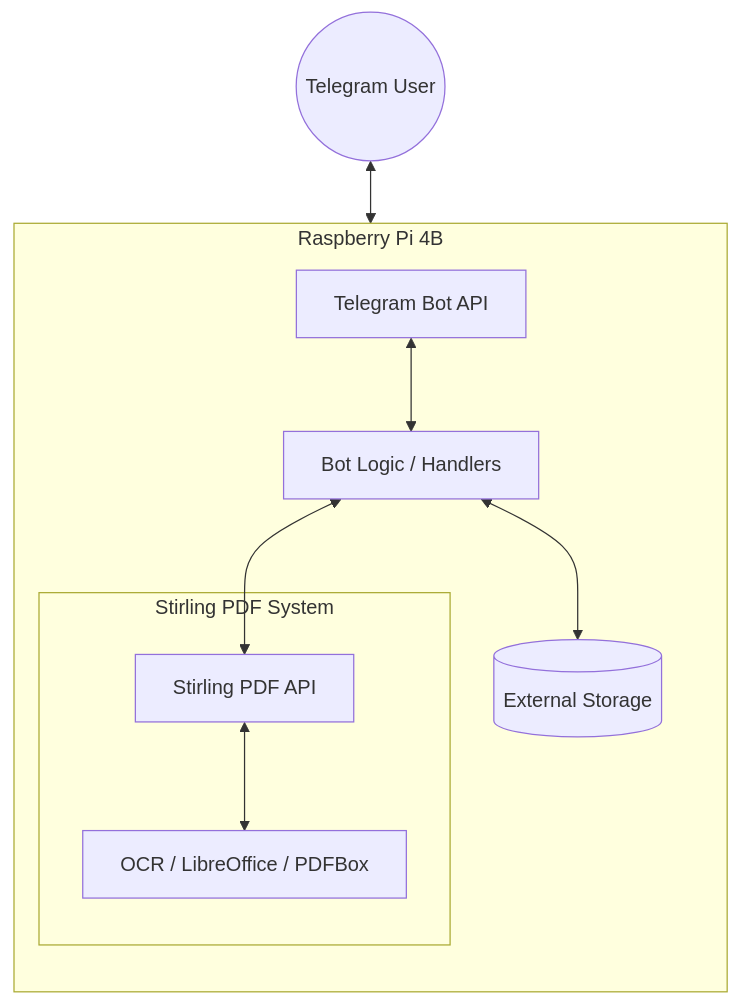
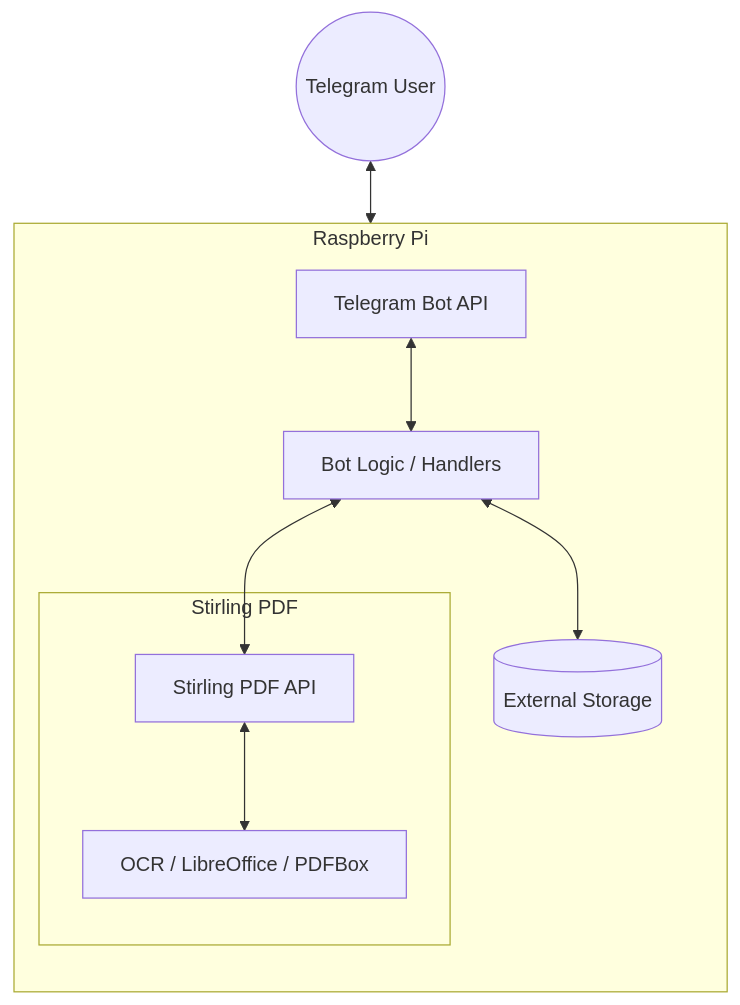
Before and after one commit to AudelDiaz/StirlingPDFAssistant: the diagram in docs/architecture.md, drawn with Mermaid. The commit also changed other lines of this file and 4 other files, not shown here.

````diff
--- a/docs/architecture.md
+++ b/docs/architecture.md
@@ -7,23 +7,23 @@
 ```mermaid
 graph TD
     User((Telegram User))
     
-    subgraph "Raspberry Pi 4B"
+    subgraph "Raspberry Pi"
         direction TB
         TG_API[Telegram Bot API]
         Bot_Logic[Bot Logic / Handlers]
         
-        subgraph "Stirling PDF System"
+        subgraph "Stirling PDF"
             SPDF_API[Stirling PDF API]
             Engines[OCR / LibreOffice / PDFBox]
         end
         
         Disk[(External Storage)]
     end
 
     User <--> TG_API
     TG_API <--> Bot_Logic
     Bot_Logic <--> SPDF_API
     SPDF_API <--> Engines
     Bot_Logic <--> Disk
 ```
````
